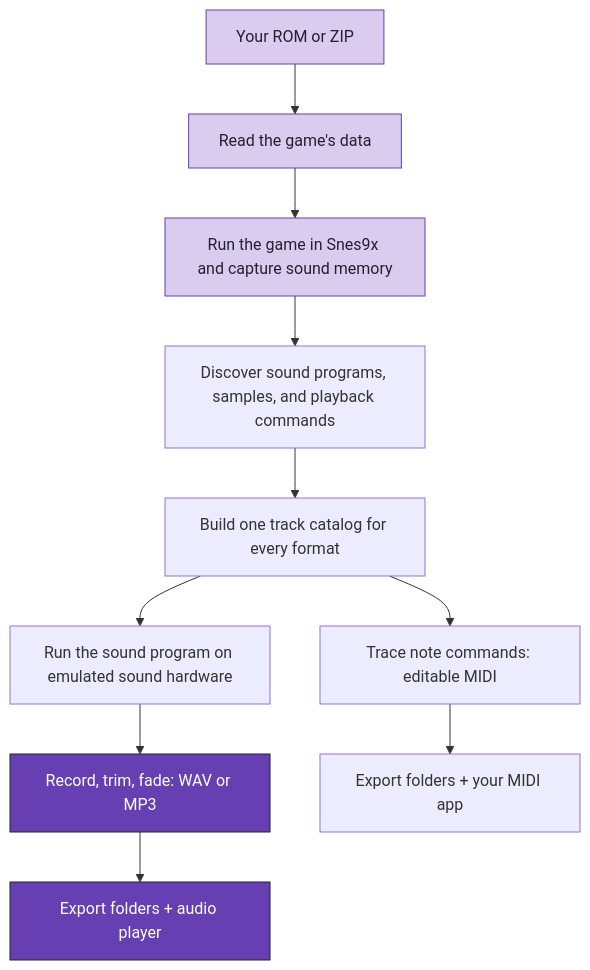
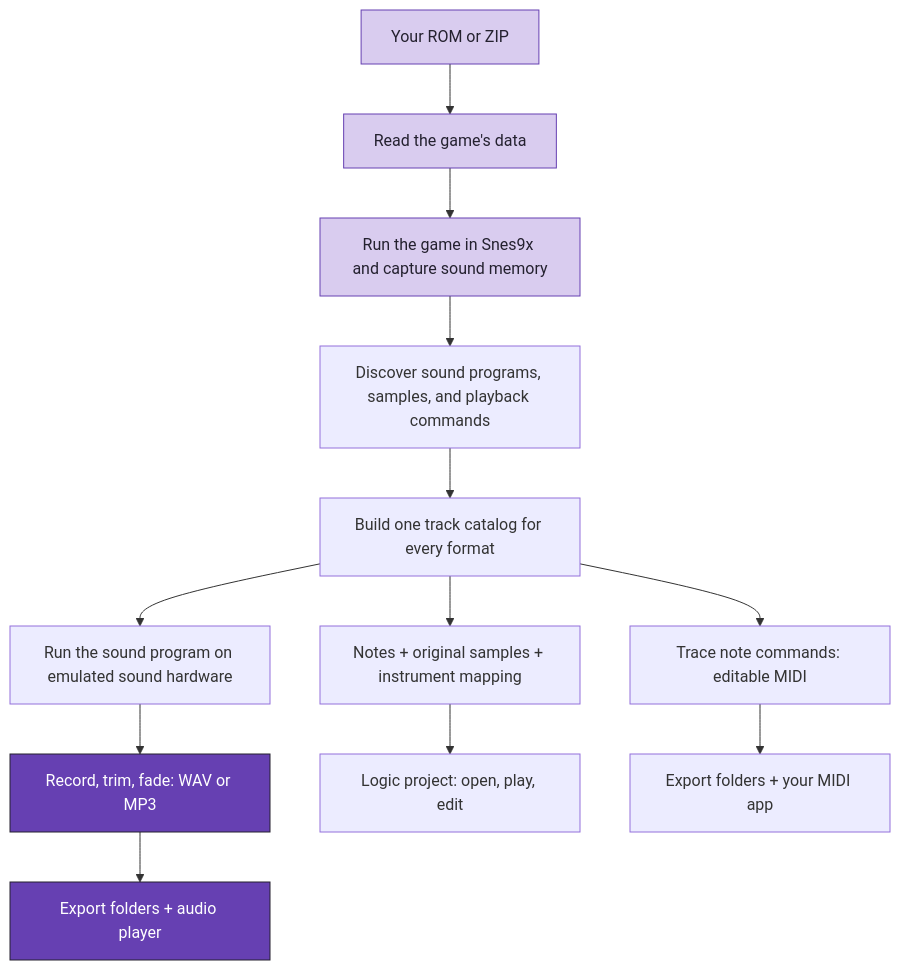
One commit to punchbrotv/snes-audio-ripper-macos changed the diagram in README.md. Above: the diagram before and after it, drawn with Mermaid. The commit also changed other lines of this file and 58 other files, not shown here.

Commit message:
Add native Logic Pro export with original samples mapped to Sampler

````diff
--- a/README.md
+++ b/README.md
@@ -78,16 +83,18 @@
 ```mermaid
 flowchart TD
     A["Your ROM or ZIP"] --> B["Read the game's data"]
     B --> C["Run the game in Snes9x and capture sound memory"]
     C --> D["Discover sound programs, samples, and playback commands"]
     D --> K["Build one track catalog for every format"]
     K --> E["Run the sound program on emulated sound hardware"]
     E --> F["Record, trim, fade: WAV or MP3"]
     K --> M["Trace note commands: editable MIDI"]
+    K --> L["Notes + original samples + instrument mapping"]
+    L --> P["Logic project: open, play, edit"]
     F --> G["Export folders + audio player"]
     M --> H["Export folders + your MIDI app"]
     classDef input fill:#d9ccef,stroke:#6640b2,color:#24212f
     classDef output fill:#6640b2,stroke:#24212f,color:#fff
     class A,B,C input
     class F,G output
 ```
````
